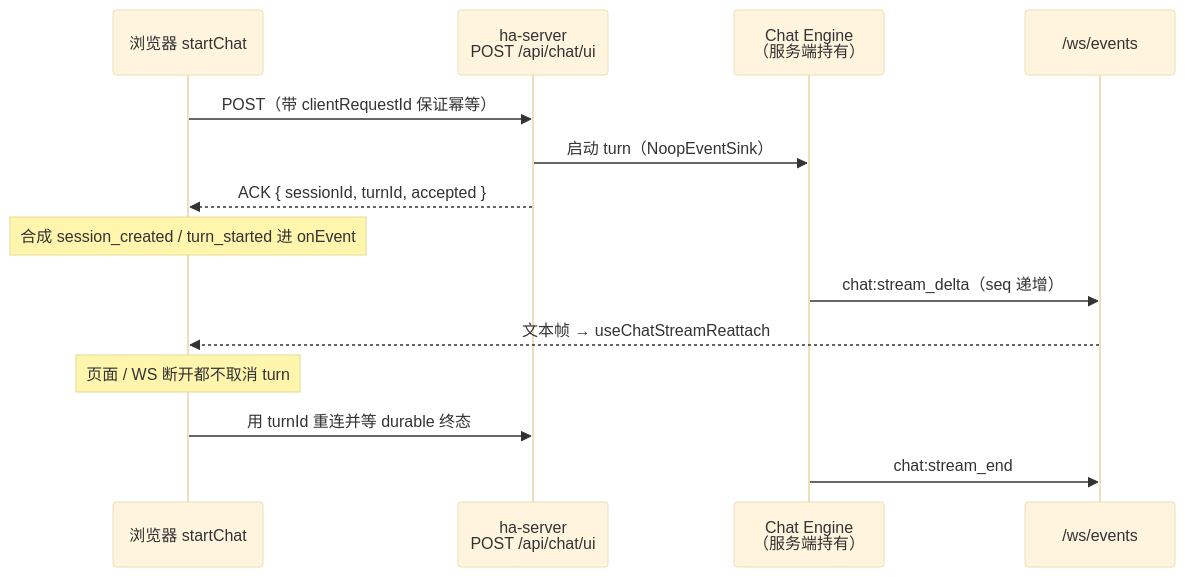
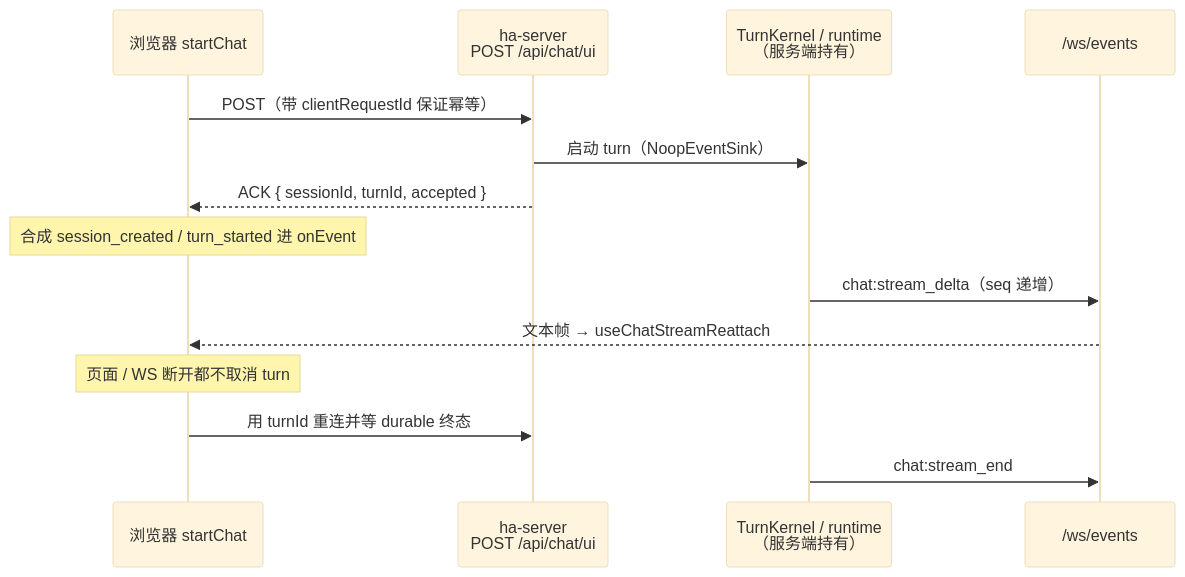
One commit to gabrielmoreira/agent-skills-mirror changed the fourth of 5 diagrams in mirrors/repos/shiwenwen@hope-agent/docs/architecture/system/transport-modes.md. Above: the diagram before and after it, drawn with Mermaid (base theme). The commit also changed other lines of this file and 2396 other files, not shown here.

````diff
--- a/mirrors/repos/shiwenwen@hope-agent/docs/architecture/system/transport-modes.md
+++ b/mirrors/repos/shiwenwen@hope-agent/docs/architecture/system/transport-modes.md
@@ -141,16 +141,16 @@
 ```mermaid
 sequenceDiagram
     participant UI as 浏览器 startChat
     participant SV as ha-server<br/>POST /api/chat/ui
-    participant CE as Chat Engine<br/>（服务端持有）
+    participant CE as TurnKernel / runtime<br/>（服务端持有）
     participant WS as /ws/events
     UI->>SV: POST（带 clientRequestId 保证幂等）
     SV->>CE: 启动 turn（NoopEventSink）
     SV-->>UI: ACK { sessionId, turnId, accepted }
     Note over UI: 合成 session_created / turn_started 进 onEvent
     CE->>WS: chat:stream_delta（seq 递增）
     WS-->>UI: 文本帧 → useChatStreamReattach
     Note over UI: 页面 / WS 断开都不取消 turn
     UI->>SV: 用 turnId 重连并等 durable 终态
     CE->>WS: chat:stream_end
 ```
````
